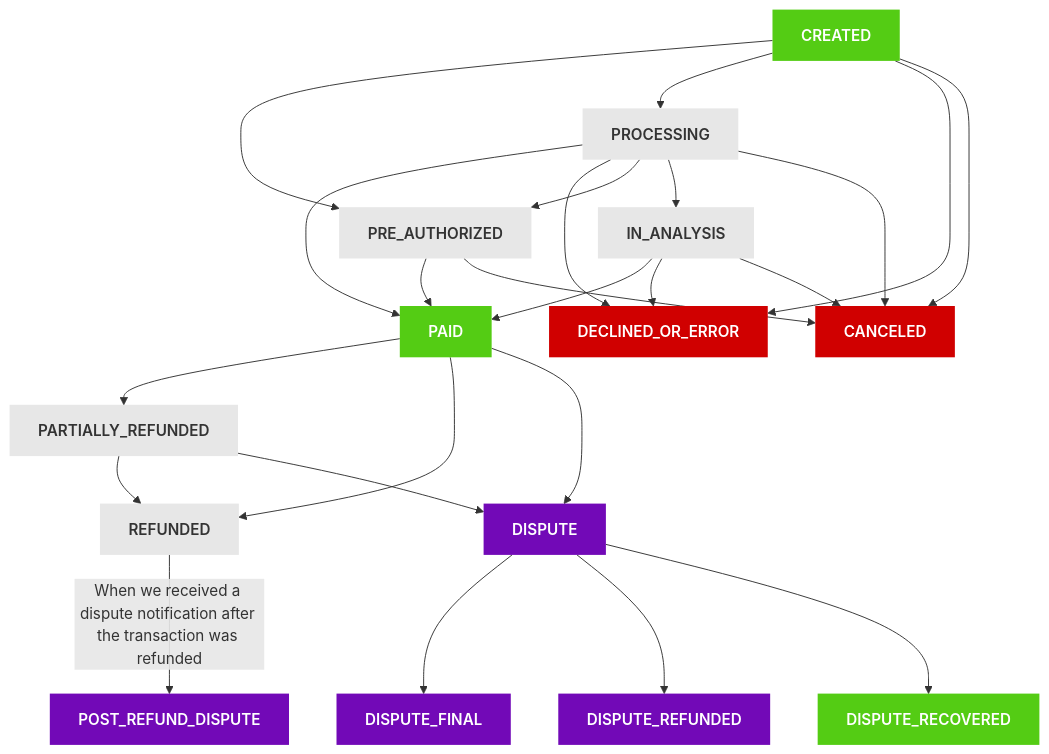
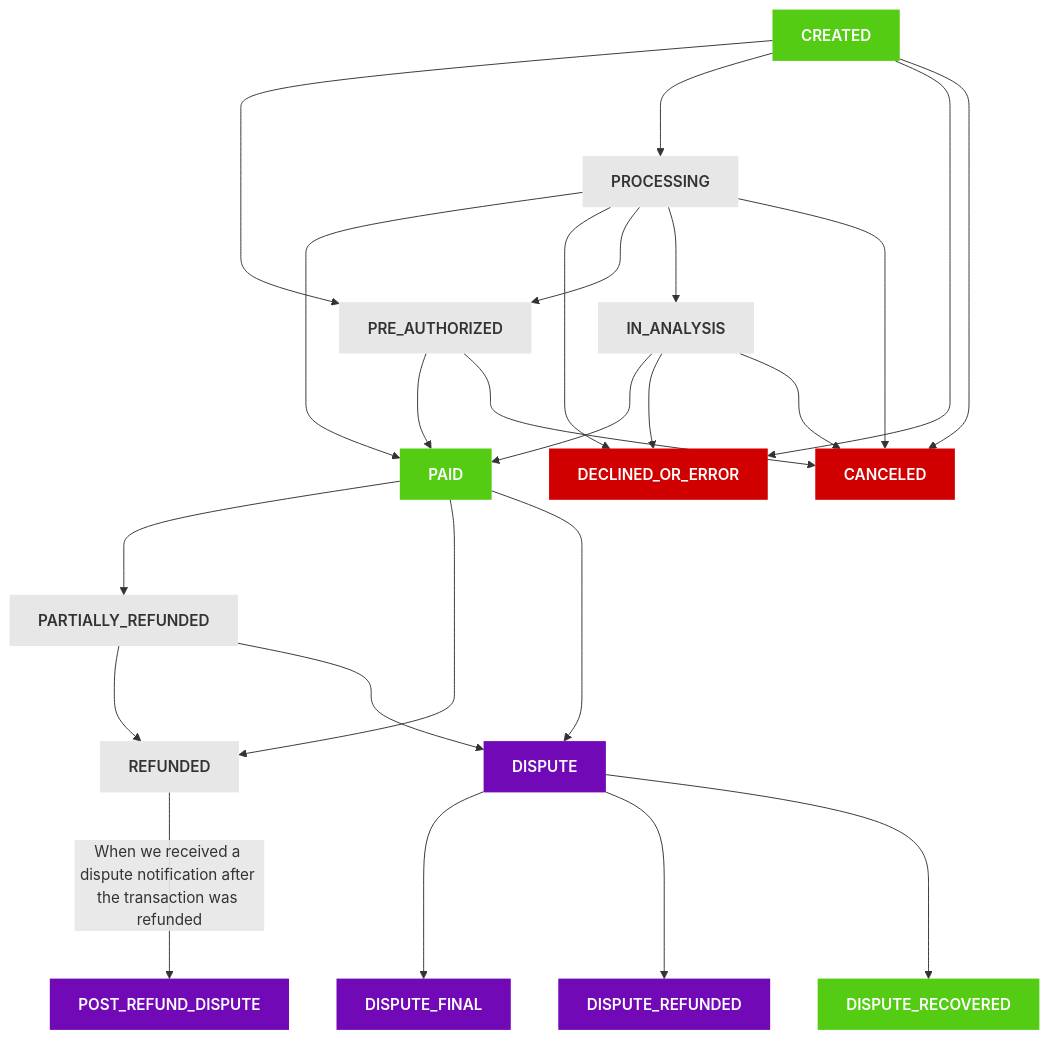
One commit to guilherme-schumann/development-documentation changed the diagram in docs/flows.md. Above: the diagram before and after it, drawn with Mermaid. The commit also changed 49 other files, not shown here.

````diff
--- a/docs/flows.md
+++ b/docs/flows.md
@@ -35,58 +35,58 @@
 ```mermaid
     graph TD;
     %% Define the main starting point
-    CREATED --> PRE_AUTHORIZED;
-    CREATED --> PROCESSING;
-    CREATED --> DECLINED_OR_ERROR;
-    CREATED --> CANCELED;
+    CREATED ---> PRE_AUTHORIZED;
+    CREATED ---> PROCESSING;
+    CREATED ---> DECLINED_OR_ERROR;
+    CREATED ---> CANCELED;
 
     %% Processing Paths
-    PROCESSING --> PAID;
-    PROCESSING --> DECLINED_OR_ERROR;
-    PROCESSING --> PRE_AUTHORIZED;
-    PROCESSING --> IN_ANALYSIS;
-    PROCESSING --> CANCELED;
+    PROCESSING ---> PAID;
+    PROCESSING ---> DECLINED_OR_ERROR;
+    PROCESSING ---> PRE_AUTHORIZED;
+    PROCESSING ---> IN_ANALYSIS;
+    PROCESSING ---> CANCELED;
 
     %% Pre Autorized Paths
-    PRE_AUTHORIZED --> PAID;
-    PRE_AUTHORIZED --> CANCELED;
+    PRE_AUTHORIZED ---> PAID;
+    PRE_AUTHORIZED ---> CANCELED;
 
     %% Analysis Paths
-    IN_ANALYSIS --> PAID;
-    IN_ANALYSIS --> DECLINED_OR_ERROR;
-    IN_ANALYSIS --> CANCELED;
+    IN_ANALYSIS ---> PAID;
+    IN_ANALYSIS ---> DECLINED_OR_ERROR;
+    IN_ANALYSIS ---> CANCELED;
 
     %% Post-Payment Paths
-    PAID --> PARTIALLY_REFUNDED;
-    PAID --> REFUNDED;
-    PAID --> DISPUTE;
+    PAID ---> PARTIALLY_REFUNDED;
+    PAID ---> REFUNDED;
+    PAID ---> DISPUTE;
     
     %% Partially Refund Paths
-    PARTIALLY_REFUNDED --> REFUNDED;
-    PARTIALLY_REFUNDED --> DISPUTE;
+    PARTIALLY_REFUNDED ---> REFUNDED;
+    PARTIALLY_REFUNDED ---> DISPUTE;
     
     %% Refund Path
-    REFUNDED --> |When we received a dispute notification after the transaction was refunded| POST_REFUND_DISPUTE;
+    REFUNDED ---> |When we received a dispute notification after the transaction was refunded| POST_REFUND_DISPUTE;
     
     %% Dispute Paths
-    DISPUTE --> DISPUTE_FINAL;
-    DISPUTE --> DISPUTE_REFUNDED;
-    DISPUTE --> DISPUTE_RECOVERED;
+    DISPUTE ---> DISPUTE_FINAL;
+    DISPUTE ---> DISPUTE_REFUNDED;
+    DISPUTE ---> DISPUTE_RECOVERED;
 
     %% Styling
     style CREATED fill:#54CC14, color:#fff, stroke:#000,stroke-width:0px,font-weight:600;
     style PROCESSING fill:#E7E7E7, color:#333, stroke:#000,stroke-width:0px, font-weight:600;
     style PRE_AUTHORIZED fill:#E7E7E7, color:#333, stroke:#000,stroke-width:0px, font-weight:600;
     style CANCELED fill:#d00000, color:#fff, stroke:#000,stroke-width:0px, font-weight:600;
     style DECLINED_OR_ERROR fill:#d00000, color:#fff, stroke:#000,stroke-width:0px, font-weight:600;
     style IN_ANALYSIS fill:#E7E7E7, color:#333, stroke:#000,stroke-width:0px, font-weight:600;
     style PAID fill:#54CC14, color:#fff, stroke:#000,stroke-width:0px, font-weight:600;
     style PARTIALLY_REFUNDED fill:#E7E7E7, color:#333, stroke:#000,stroke-width:0px, font-weight:600;
     style REFUNDED fill:#E7E7E7, color:#333, stroke:#000,stroke-width:0px, font-weight:600;
     style DISPUTE fill:#7209b7, color:#fff, stroke:#000,stroke-width:0px, font-weight:600;
     style DISPUTE_FINAL fill:#7209b7, color:#fff, stroke:#000,stroke-width:0px, font-weight:600;
     style DISPUTE_REFUNDED fill:#7209b7, color:#fff, stroke:#000,stroke-width:0px, font-weight:600;
     style DISPUTE_RECOVERED fill:#54CC14, color:#fff, stroke:#000,stroke-width:0px, font-weight:600;
     style POST_REFUND_DISPUTE fill:#7209b7, color:#fff, stroke:#000,stroke-width:0px, font-weight:600;
 
 ```
````
